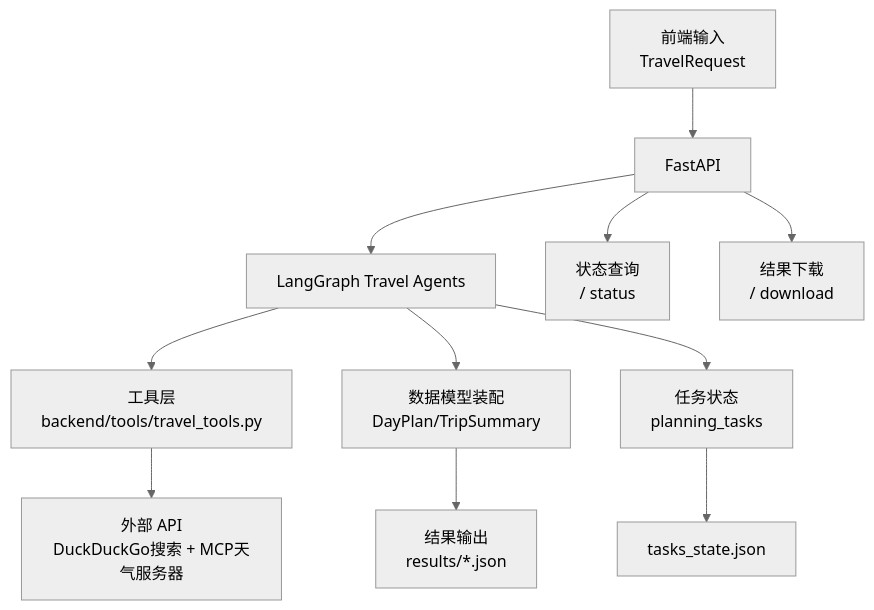
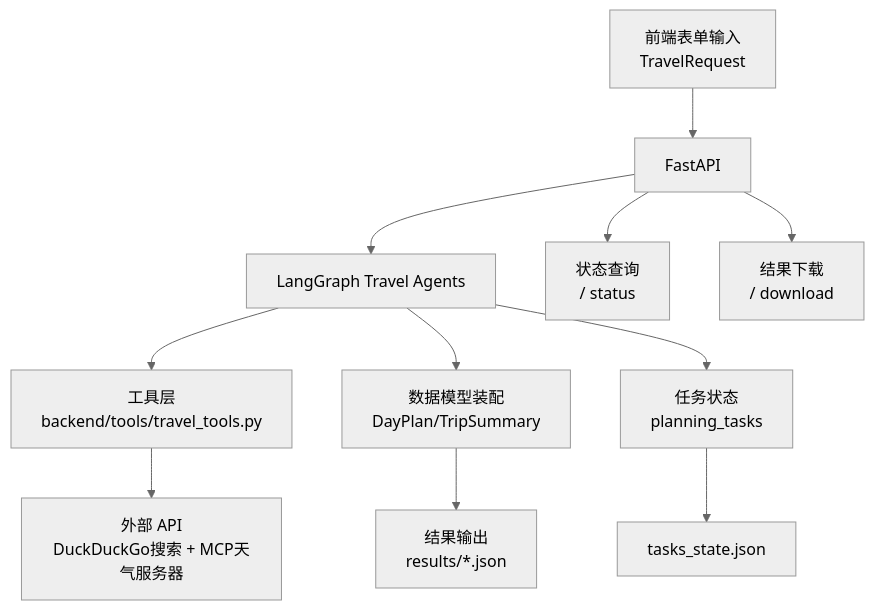
One commit to FlyAIBox/Agent_In_Action changed the second of 3 diagrams in 03-agent-build-docker-deploy/docs/enterprise/04_data_design.md. Above: the diagram before and after it, drawn with Mermaid (neutral theme). The commit also changed other lines of this file and 5 other files, not shown here.

````diff
--- a/03-agent-build-docker-deploy/docs/enterprise/04_data_design.md
+++ b/03-agent-build-docker-deploy/docs/enterprise/04_data_design.md
@@ -124,13 +141,13 @@
 ```mermaid
 flowchart TD
-    A[前端输入\nTravelRequest] --> B[FastAPI]
+    A[前端表单输入\nTravelRequest] --> B[FastAPI]
     B --> C[LangGraph Travel Agents]
     C --> D[工具层\nbackend/tools/travel_tools.py]
     D --> E[外部 API\nDuckDuckGo搜索 + MCP天气服务器]
     C --> F[数据模型装配\nDayPlan/TripSummary]
     C --> G[任务状态\nplanning_tasks]
     G --> H[tasks_state.json]
     F --> I[结果输出\nresults/*.json]
     B --> J[状态查询\n/ status]
     B --> K[结果下载\n/ download]
 ```
````
